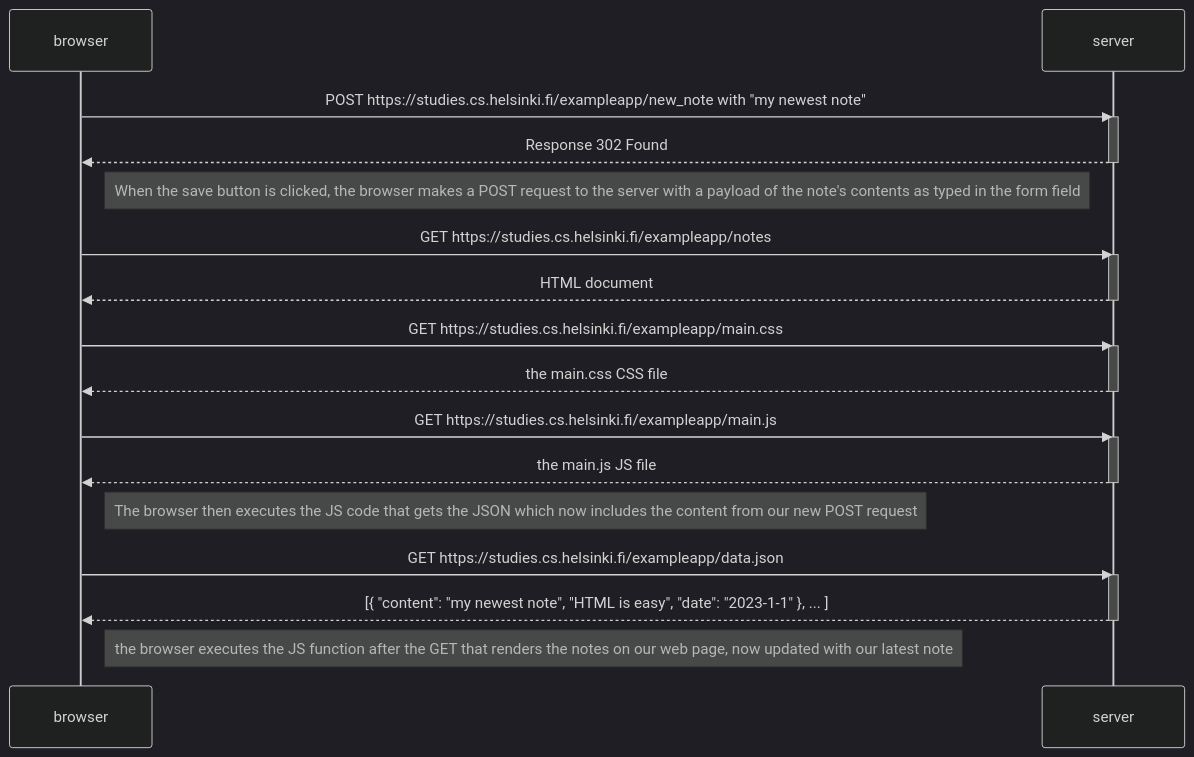
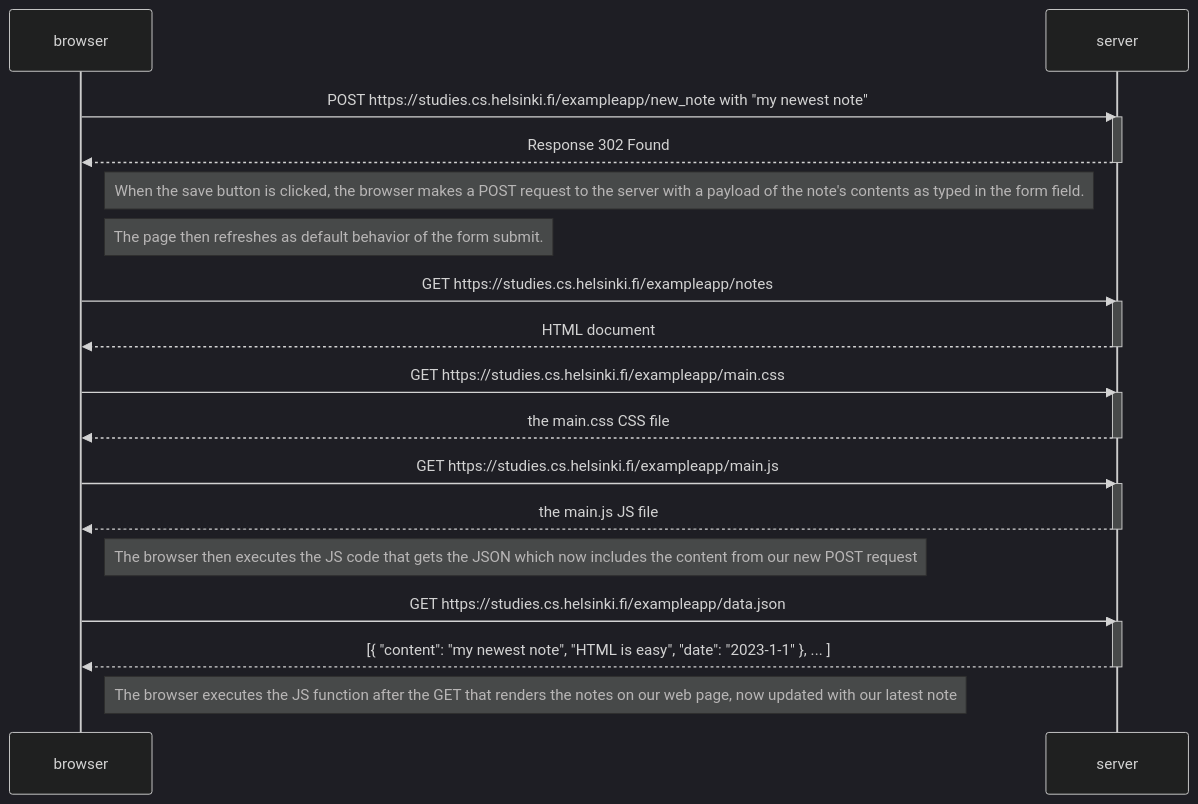
The diagram in part0/zerofour.md (ishweensehmbhi/full-stack-open), drawn with Mermaid (dark theme) before and after one commit.

Commit message:
add more to exercise 0.4

````diff
--- a/part0/zerofour.md
+++ b/part0/zerofour.md
@@ -1,36 +1,37 @@
 ```mermaid
 sequenceDiagram
 participant browser
 participant server
 
     browser->>server: POST https://studies.cs.helsinki.fi/exampleapp/new_note with "my newest note"
     activate server
     server-->>browser: Response 302 Found
     deactivate server
 
-    Note right of browser: When the save button is clicked, the browser makes a POST request to the server with a payload of the note's contents as typed in the form field
+    Note right of browser: When the save button is clicked, the browser makes a POST request to the server with a payload of the note's contents as typed in the form field.
+    Note right of browser: The page then refreshes as default behavior of the form submit.
 
     browser->>server: GET https://studies.cs.helsinki.fi/exampleapp/notes
     activate server
     server-->>browser: HTML document
     deactivate server
 
     browser->>server: GET https://studies.cs.helsinki.fi/exampleapp/main.css
     activate server
     server-->>browser: the main.css CSS file
     deactivate server
 
     browser->>server: GET https://studies.cs.helsinki.fi/exampleapp/main.js
     activate server
     server-->>browser: the main.js JS file
     deactivate server
 
     Note right of browser: The browser then executes the JS code that gets the JSON which now includes the content from our new POST request
 
     browser->>server: GET https://studies.cs.helsinki.fi/exampleapp/data.json
     activate server
     server-->>browser: [{ "content": "my newest note", "HTML is easy", "date": "2023-1-1" }, ... ]
     deactivate server
 
-    Note right of browser: the browser executes the JS function after the GET that renders the notes on our web page, now updated with our latest note
+    Note right of browser: The browser executes the JS function after the GET that renders the notes on our web page, now updated with our latest note
 ```
````
